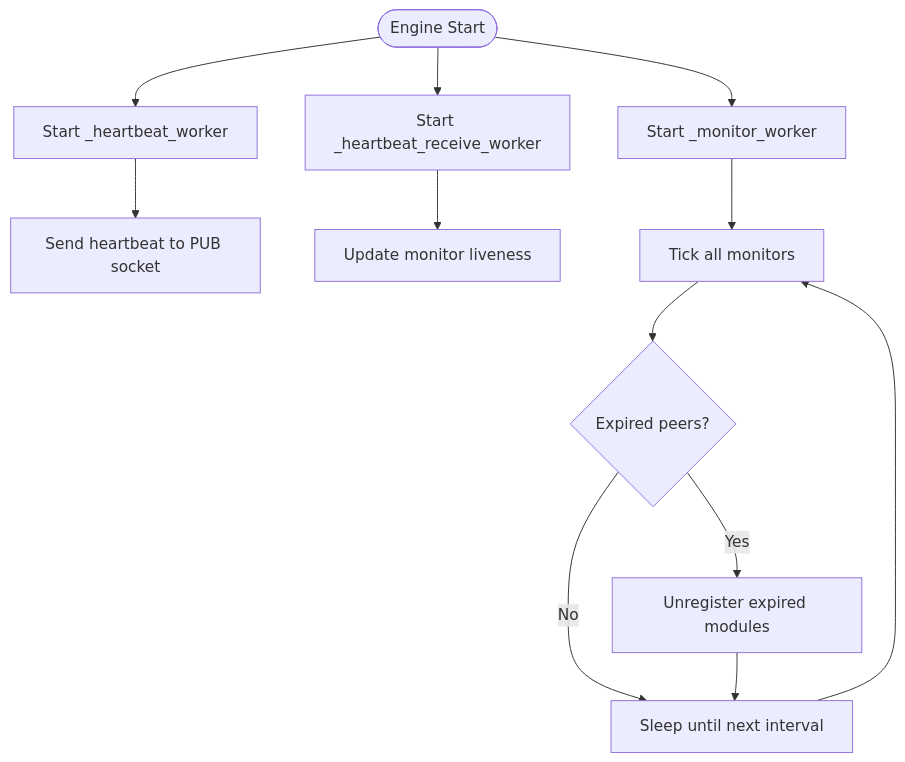
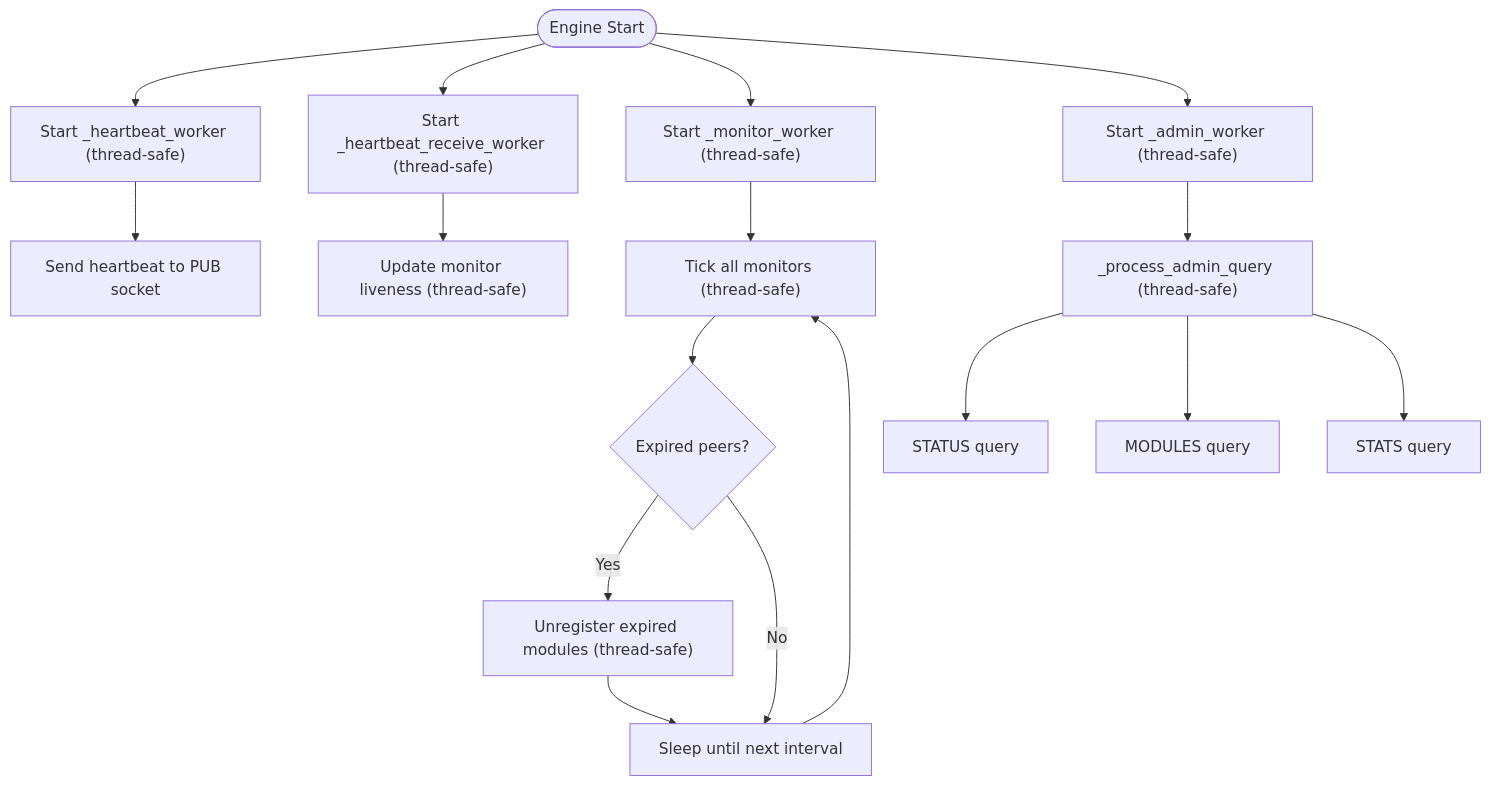
Before and after one commit to zt281/TycheEngine: the sixth of 11 diagrams in .qoder/repowiki/en/content/Heartbeat and Reliability.md, drawn with Mermaid. The commit also changed other lines of this file and 34 other files, not shown here.

````diff
--- a/.qoder/repowiki/en/content/Heartbeat and Reliability.md
+++ b/.qoder/repowiki/en/content/Heartbeat and Reliability.md
@@ -218,14 +239,19 @@
 ```mermaid
 flowchart TD
-Start(["Engine Start"]) --> HB_Worker["Start _heartbeat_worker"]
-Start --> HB_Recv["Start _heartbeat_receive_worker"]
-Start --> Monitor["Start _monitor_worker"]
+Start(["Engine Start"]) --> HB_Worker["Start _heartbeat_worker (thread-safe)"]
+Start --> HB_Recv["Start _heartbeat_receive_worker (thread-safe)"]
+Start --> Monitor["Start _monitor_worker (thread-safe)"]
+Start --> Admin["Start _admin_worker (thread-safe)"]
 HB_Worker --> Broadcast["Send heartbeat to PUB socket"]
-HB_Recv --> Update["Update monitor liveness"]
-Monitor --> Tick["Tick all monitors"]
+HB_Recv --> Update["Update monitor liveness (thread-safe)"]
+Monitor --> Tick["Tick all monitors (thread-safe)"]
 Tick --> Expired{"Expired peers?"}
-Expired --> |Yes| Unregister["Unregister expired modules"]
+Expired --> |Yes| Unregister["Unregister expired modules (thread-safe)"]
 Expired --> |No| Sleep["Sleep until next interval"]
 Unregister --> Sleep
 Sleep --> Tick
+Admin --> ProcessQuery["_process_admin_query (thread-safe)"]
+ProcessQuery --> Status["STATUS query"]
+ProcessQuery --> Modules["MODULES query"]
+ProcessQuery --> Stats["STATS query"]
 ```
````
